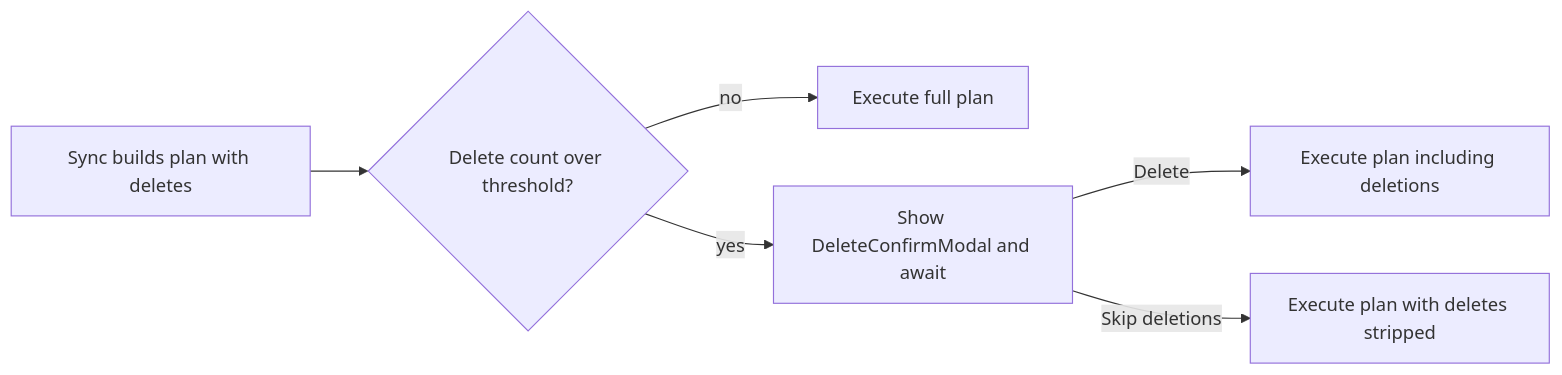
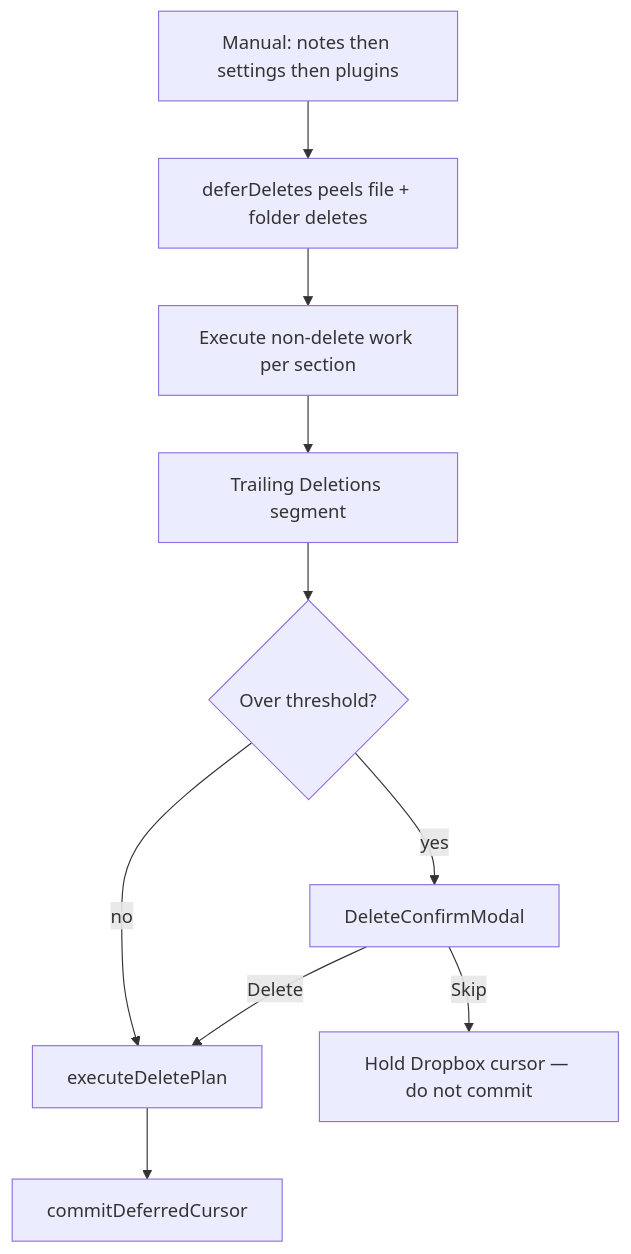
One commit to daledesilva/obsidian-dropbox-sync changed the diagram in docs/sync-safety.md. Above: the diagram before and after it, drawn with Mermaid. The commit also changed other lines of this file and 15 other files, not shown here.

Commit message:
fixed: Made bulk and folder deletes wait on delete protection, hold the cursor on Skip, and clear empty shells in one cycle. Documented the contracts and rewrote runbook 04-deleting with standard, bulk, and keep-empty-folder categories so the regressions stay covered in manual QA.

````diff
--- a/docs/sync-safety.md
+++ b/docs/sync-safety.md
@@ -35,8 +35,12 @@
 ```mermaid
-flowchart LR
-  Plan[Sync builds plan with deletes] --> Guard{Delete count over threshold?}
-  Guard -->|no| Execute[Execute full plan]
-  Guard -->|yes| Modal[Show DeleteConfirmModal and await]
-  Modal -->|Delete| ExecuteDeletes[Execute plan including deletions]
-  Modal -->|Skip deletions| Filtered[Execute plan with deletes stripped]
+flowchart TD
+  Sections[Manual: notes then settings then plugins] --> Defer["deferDeletes peels file + folder deletes"]
+  Defer --> Content[Execute non-delete work per section]
+  Content --> Trailing[Trailing Deletions segment]
+  Trailing --> Guard{Over threshold?}
+  Guard -->|no| RunDeletes[executeDeletePlan]
+  Guard -->|yes| Modal[DeleteConfirmModal]
+  Modal -->|Delete| RunDeletes
+  Modal -->|Skip| HoldCursor["Hold Dropbox cursor — do not commit"]
+  RunDeletes --> CommitCursor[commitDeferredCursor]
 ```
````
